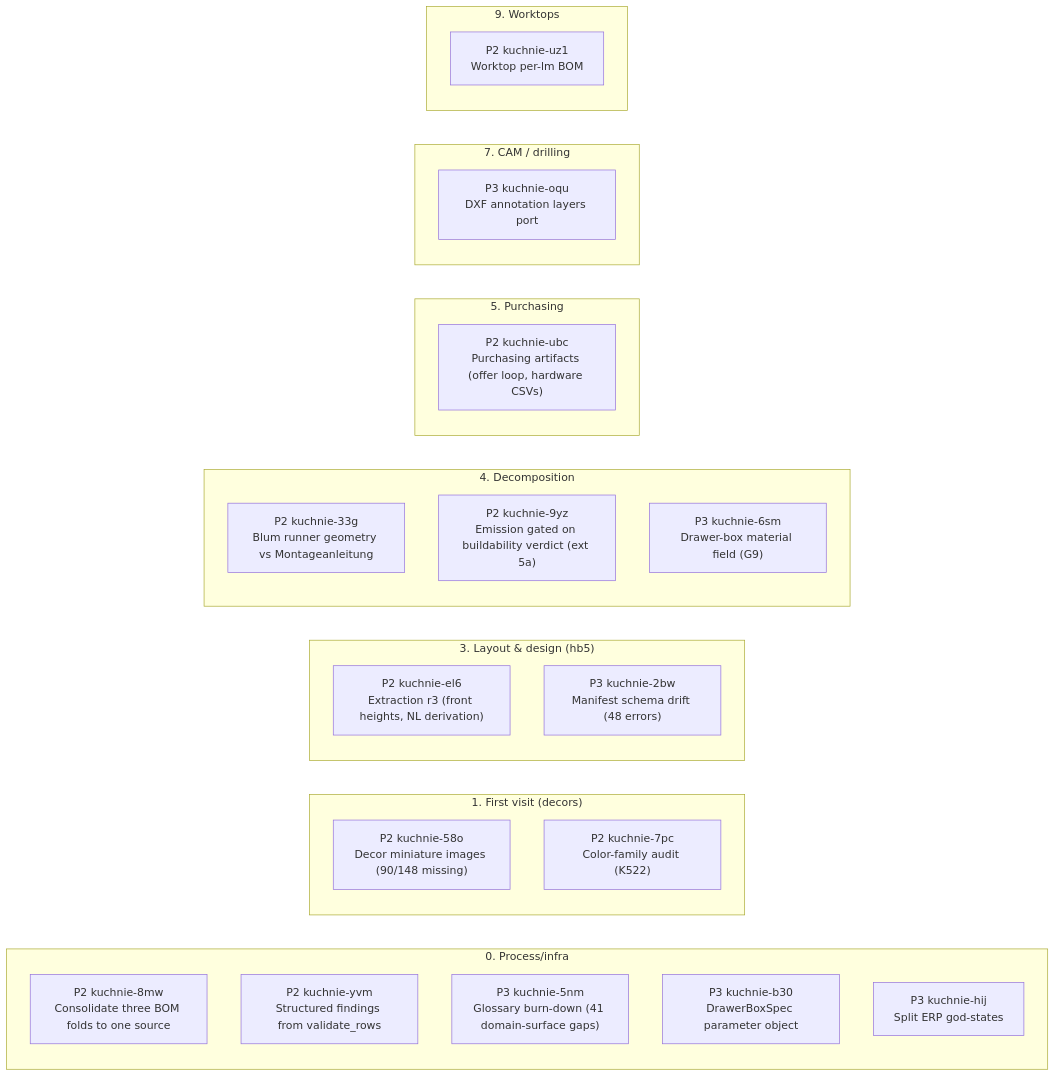
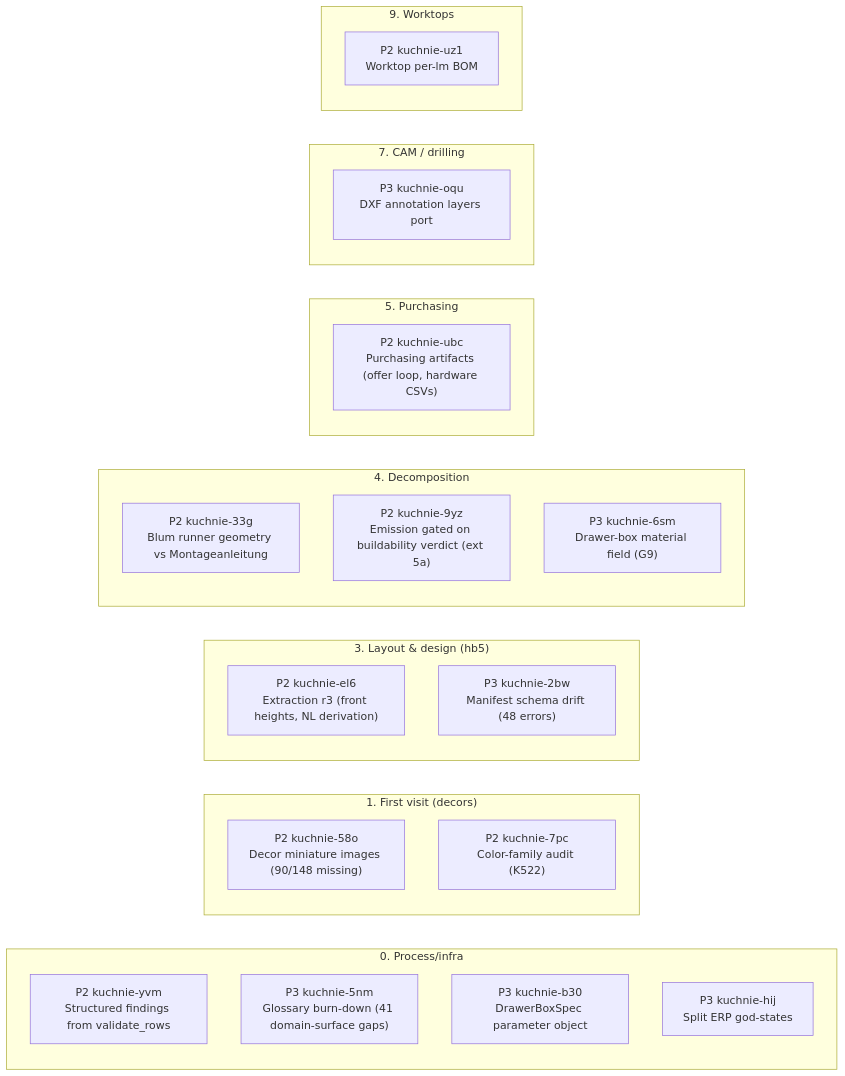
One commit to m1981/kuchnie changed the first of 2 diagrams in STATUS.md. Above: the diagram before and after it, drawn with Mermaid. The commit also changed other lines of this file and 1 other file, not shown here.

````diff
--- a/STATUS.md
+++ b/STATUS.md
@@ -114,32 +109,31 @@
 ```mermaid
 flowchart LR
     subgraph s0 ["0. Process/infra"]
-        kuchnie_8mw["P2 kuchnie-8mw<br/>Consolidate three BOM folds to one source"]
         kuchnie_yvm["P2 kuchnie-yvm<br/>Structured findings from validate_rows"]
         kuchnie_5nm["P3 kuchnie-5nm<br/>Glossary burn-down (41 domain-surface gaps)"]
         kuchnie_b30["P3 kuchnie-b30<br/>DrawerBoxSpec parameter object"]
         kuchnie_hij["P3 kuchnie-hij<br/>Split ERP god-states"]
     end
     subgraph s1 ["1. First visit (decors)"]
         kuchnie_58o["P2 kuchnie-58o<br/>Decor miniature images (90/148 missing)"]
         kuchnie_7pc["P2 kuchnie-7pc<br/>Color-family audit (K522)"]
     end
     subgraph s3 ["3. Layout & design (hb5)"]
         kuchnie_el6["P2 kuchnie-el6<br/>Extraction r3 (front heights, NL derivation)"]
         kuchnie_2bw["P3 kuchnie-2bw<br/>Manifest schema drift (48 errors)"]
     end
     subgraph s4 ["4. Decomposition"]
         kuchnie_33g["P2 kuchnie-33g<br/>Blum runner geometry vs Montageanleitung"]
         kuchnie_9yz["P2 kuchnie-9yz<br/>Emission gated on buildability verdict (ext 5a)"]
         kuchnie_6sm["P3 kuchnie-6sm<br/>Drawer-box material field (G9)"]
     end
     subgraph s5 ["5. Purchasing"]
         kuchnie_ubc["P2 kuchnie-ubc<br/>Purchasing artifacts (offer loop, hardware CSVs)"]
     end
     subgraph s7 ["7. CAM / drilling"]
         kuchnie_oqu["P3 kuchnie-oqu<br/>DXF annotation layers port"]
     end
     subgraph s9 ["9. Worktops"]
         kuchnie_uz1["P2 kuchnie-uz1<br/>Worktop per-lm BOM"]
     end
 ```
````
